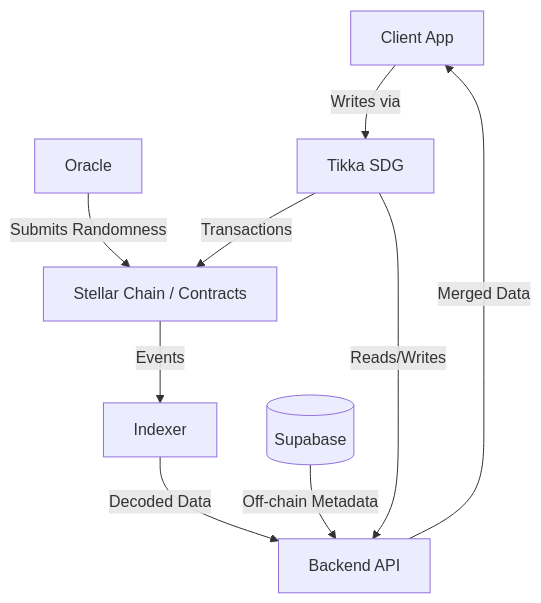
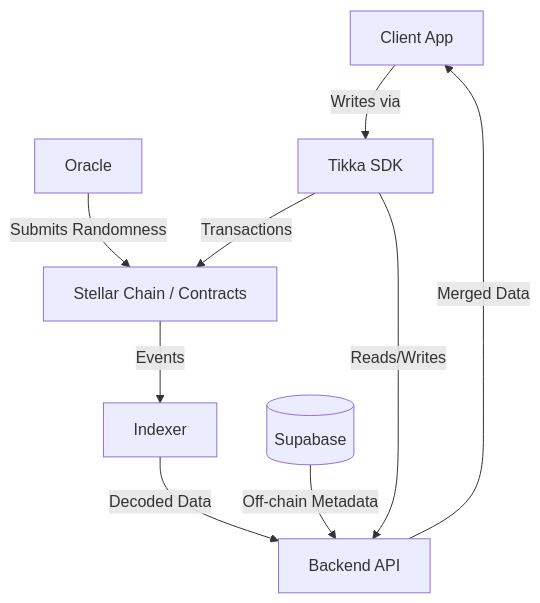
The diagram in README.md (crackedstudio/tikka), drawn with Mermaid before and after one commit. The commit also changed other lines of this file, not shown here.

````diff
--- a/README.md
+++ b/README.md
@@ -11,21 +11,21 @@
 ```mermaid
 flowchart TD
     Client[Client App]
-    SDK[Tikka SDG]
+    SDK[Tikka SDK]
     API[Backend API]
     Indexer[Indexer]
     Oracle[Oracle]
     Chain[Stellar Chain / Contracts]
     Supabase[(Supabase)]
 
     Chain -->|Events| Indexer
     Indexer -->|Decoded Data| API
     API -->|Merged Data| Client
     Supabase -->|Off-chain Metadata| API
     
     Oracle -->|Submits Randomness| Chain
     
     Client -->|Writes via| SDK
     SDK -->|Transactions| Chain
     SDK -->|Reads/Writes| API
 ```
````
